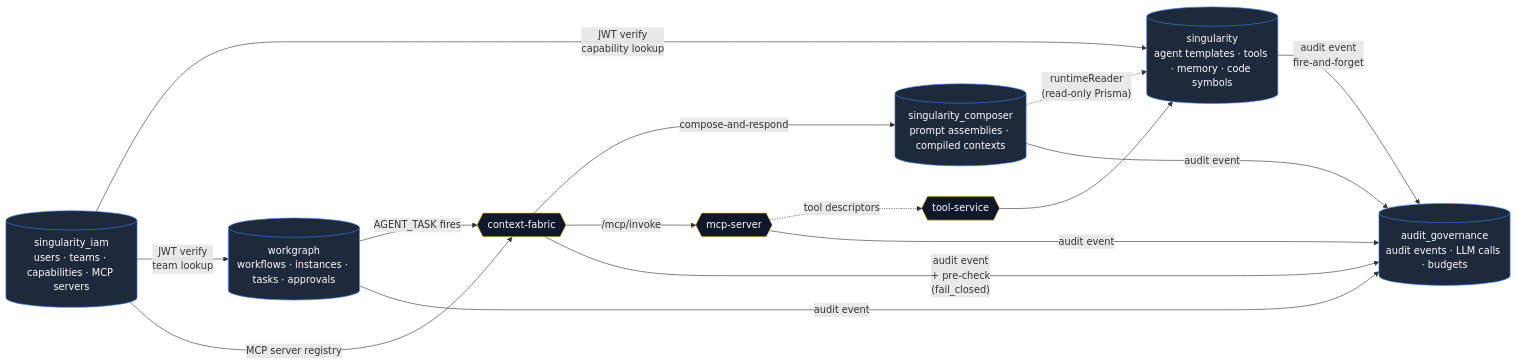
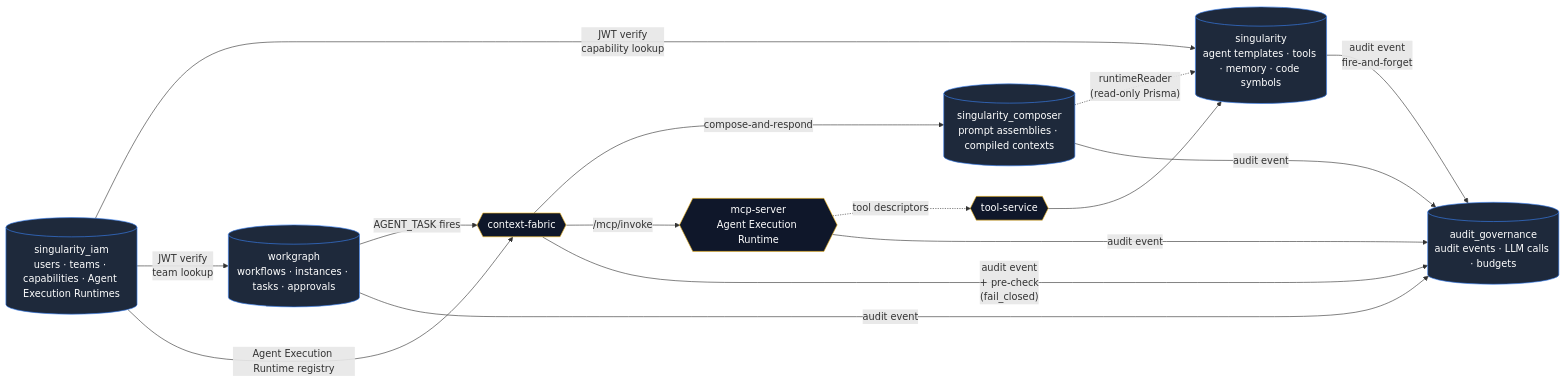
Before and after one commit to ashokraj2011/singularity-platform: the diagram in docs/data-model/00-platform-overview.md, drawn with Mermaid. The commit also changed other lines of this file and 15 other files, not shown here.

First line of the commit message:
chore: working-tree sweep — Prisma ERD regen + parallel-session WIP

````diff
--- a/docs/data-model/00-platform-overview.md
+++ b/docs/data-model/00-platform-overview.md
@@ -19,31 +19,31 @@
 ```mermaid
 flowchart LR
-  IAM[(singularity_iam<br/>users · teams · capabilities · MCP servers)]
+  IAM[(singularity_iam<br/>users · teams · capabilities · Agent Execution Runtimes)]
   AT[(singularity<br/>agent templates · tools · memory · code symbols)]
   PC[(singularity_composer<br/>prompt assemblies · compiled contexts)]
   WG[(workgraph<br/>workflows · instances · tasks · approvals)]
   AG[(audit_governance<br/>audit events · LLM calls · budgets)]
 
   IAM -- "JWT verify<br/>capability lookup" --> AT
   IAM -- "JWT verify<br/>team lookup" --> WG
-  IAM -- "MCP server registry" --> CF{{context-fabric}}
+  IAM -- "Agent Execution Runtime registry" --> CF{{context-fabric}}
 
   WG -- "AGENT_TASK fires" --> CF
   CF -- "compose-and-respond" --> PC
   PC -. "runtimeReader<br/>(read-only Prisma)" .-> AT
-  CF -- "/mcp/invoke" --> MCP{{mcp-server}}
+  CF -- "/mcp/invoke" --> AER{{mcp-server<br/>Agent Execution Runtime}}
 
-  MCP -. "tool descriptors" .-> TS{{tool-service}}
+  AER -. "tool descriptors" .-> TS{{tool-service}}
   TS --> AT
 
   AT -- "audit event<br/>fire-and-forget" --> AG
   PC -- "audit event" --> AG
   WG -- "audit event" --> AG
-  MCP -- "audit event" --> AG
+  AER -- "audit event" --> AG
   CF -- "audit event<br/>+ pre-check<br/>(fail_closed)" --> AG
 
   classDef db fill:#1e293b,stroke:#3b82f6,color:#fff
   classDef svc fill:#0f172a,stroke:#fbbf24,color:#fff
   class IAM,AT,PC,WG,AG db
-  class CF,MCP,TS svc
+  class CF,AER,TS svc
 ```
````
